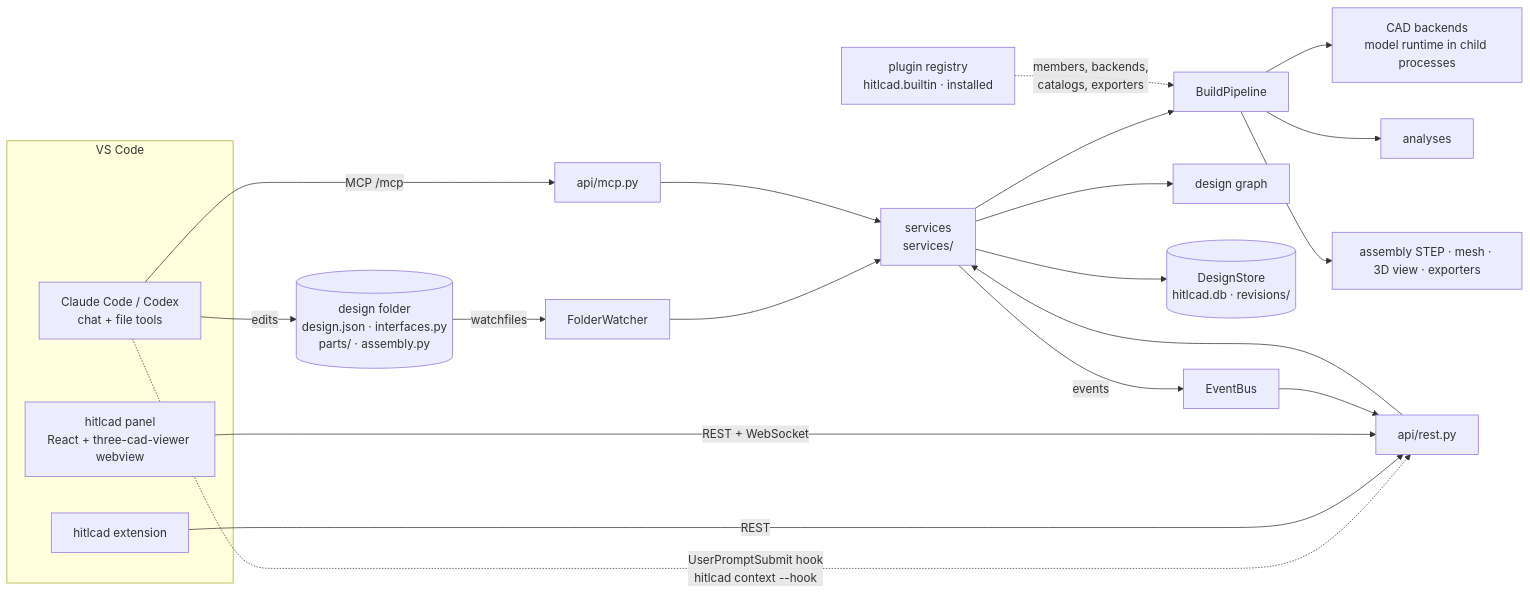
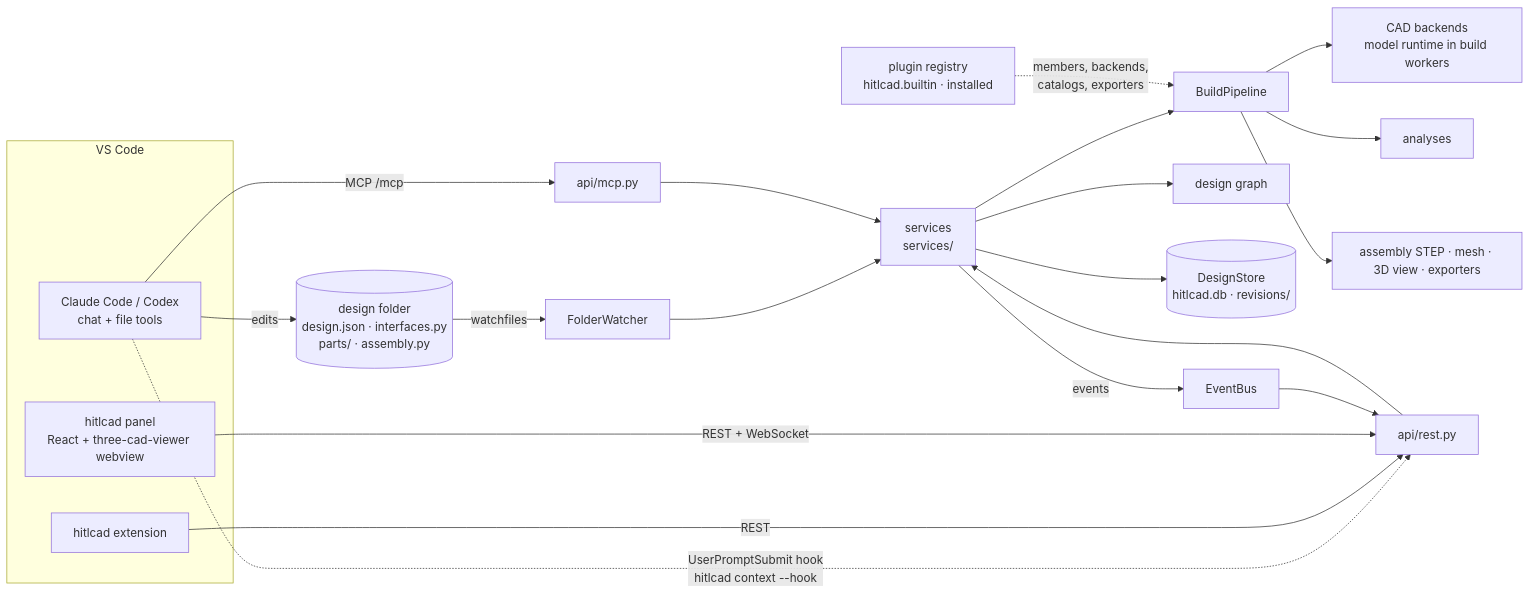
One commit to blne-team/hitlcad changed the diagram in docs/architecture.md. Above: the diagram before and after it, drawn with Mermaid. The commit also changed other lines of this file and 177 other files, not shown here.

````diff
--- a/docs/architecture.md
+++ b/docs/architecture.md
@@ -14,24 +14,24 @@
 ```mermaid
 flowchart LR
   subgraph VS Code
     CC[Claude Code / Codex<br/>chat + file tools]
     EXT[hitlcad extension]
     PANEL[hitlcad panel<br/>React + three-cad-viewer webview]
   end
   CC -- MCP /mcp --> MCP[api/mcp.py]
   CC -. UserPromptSubmit hook<br/>hitlcad context --hook .-> API
   CC -- edits --> F[(design folder<br/>design.json · interfaces.py<br/>parts/ · assembly.py)]
   EXT -- REST --> API[api/rest.py]
   PANEL -- REST + WebSocket --> API
   F -- watchfiles --> W[FolderWatcher]
   W --> S
   API --> S[services<br/>services/]
   MCP --> S
-  S --> P[BuildPipeline] --> B[CAD backends<br/>model runtime in child processes]
+  S --> P[BuildPipeline] --> B[CAD backends<br/>model runtime in build workers]
   P --> A[analyses]
   P --> X[assembly STEP · mesh · 3D view · exporters]
   S --> G[design graph]
   S --> ST[(DesignStore<br/>hitlcad.db · revisions/)]
   REG[plugin registry<br/>hitlcad.builtin · installed] -. members, backends,<br/>catalogs, exporters .-> P
   S -- events --> BUS[EventBus] --> API
 ```
````
